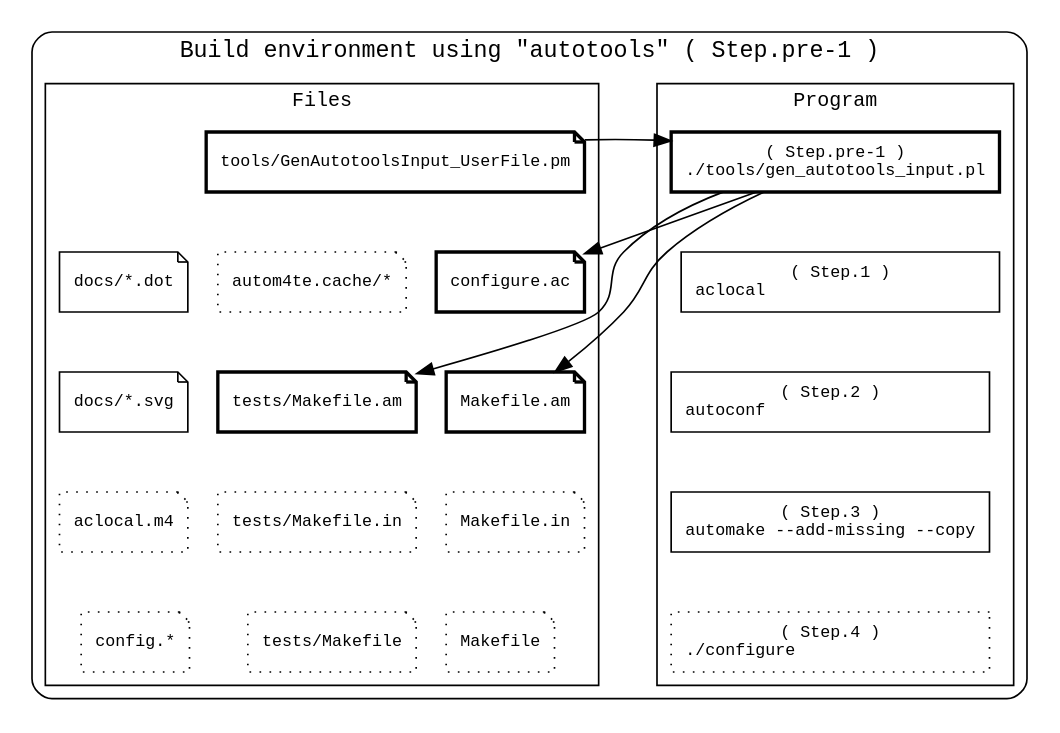
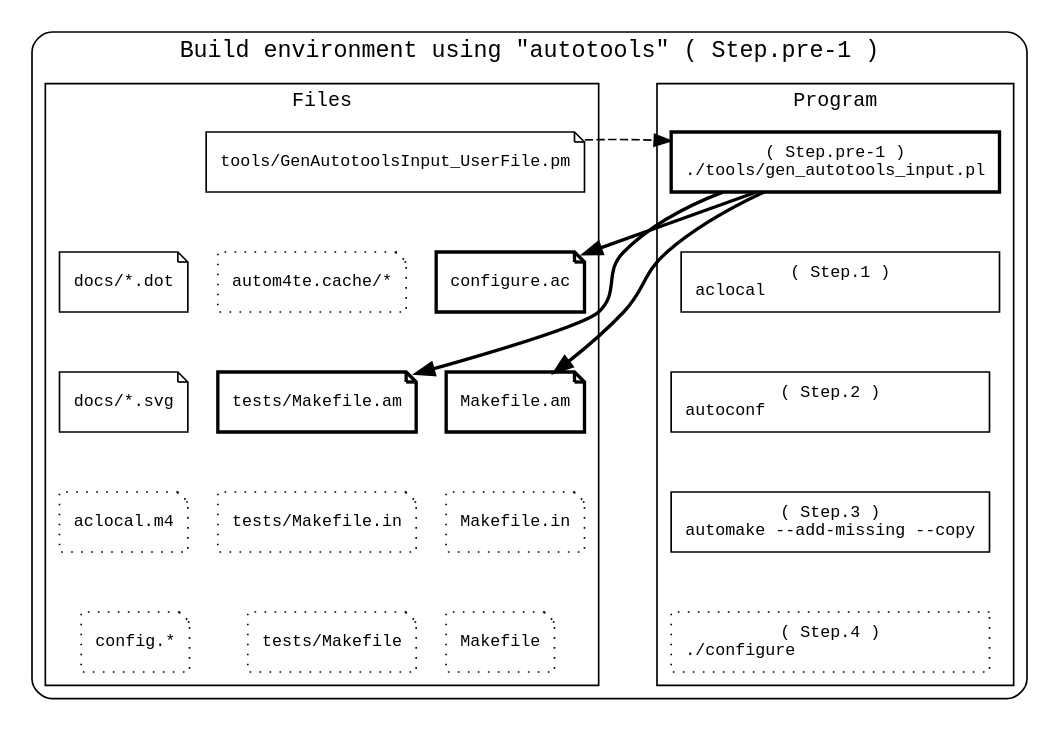
The diagram in docs/img/devel_step_0_1.dot (tomyama-code/tomyama_script_collection), drawn with Graphviz before and after one commit. The commit also changed 36 other files, not shown here.

```diff
--- a/docs/img/devel_step_0_1.dot
+++ b/docs/img/devel_step_0_1.dot
@@ -1,87 +1,88 @@
 // File: docs/devel_step_0.dot
 // Author: tomyama
 // Purpose: Development workflow diagram
 
 digraph physical_directory_structure {
     newrank=true
     constraint=false
 
     // 全体に等幅フォントを適用
     //   ex) "monospace", "Courier", "Courier New", "Consolas", "Monaco"
     graph [fontname="monospace"]
     node  [fontname="monospace", fontsize=10, penwidth=1]
     edge  [fontname="monospace"]
 
     // 図全体を囲うクラスタ
     subgraph cluster_all {
 
         label = "Build environment using \"autotools\" ( Step.pre-1 )"
         style = "rounded"   // 角を丸くする
         color = "black"     // 枠線の色
         penwidth = 1        // 枠線の太さ
 
         // プログラム
         subgraph cluster_program {
             label = "Program"
             style = "solid"
             penwidth = 1        // 枠線の太さ
             fontsize=12
             {
                 edge [style=invis];
                 program01 -> program02 -> program03 -> program04 -> program05
             }
             program01 [shape=box, style=solid , label="( Step.pre-1 )\n./tools/gen_autotools_input.pl", penwidth=2]
             program02 [shape=box, style=solid , label="( Step.1 )\naclocal                      "]
             program03 [shape=box, style=solid , label="( Step.2 )\nautoconf                     "]
             program04 [shape=box, style=solid , label="( Step.3 )\nautomake --add-missing --copy"]
             program05 [shape=box, style=dotted, label="( Step.4 )\n./configure                  "]
         }
 
         // ファイル
         subgraph cluster_file {
             label = "Files"
             style = "solid"
             penwidth = 1        // 枠線の太さ
             fontsize=12
             {
                 edge [style=invis];
                 file13 -> file01 -> file02 -> file03 -> file04
                 file13 -> file05 -> file06 -> file07 -> file08
                 file13 -> file09 -> file10 -> file11 -> file12
             }
 
-            file13 [shape=note, style=solid , label="tools/GenAutotoolsInput_UserFile.pm", penwidth=2]
+            file13 [shape=note, style=solid , label="tools/GenAutotoolsInput_UserFile.pm"]
             file01 [shape=note, style=solid , label="docs/*.dot"]
             file02 [shape=note, style=solid , label="docs/*.svg"]
             file03 [shape=note, style=dotted, label="aclocal.m4"]
             file04 [shape=note, style=dotted, label="config.*"]
             file05 [shape=note, style=solid , label="configure.ac", penwidth=2]
             file06 [shape=note, style=solid , label="Makefile.am", penwidth=2]
             file07 [shape=note, style=dotted, label="Makefile.in"]
             file08 [shape=note, style=dotted, label="Makefile"]
             file09 [shape=note, style=dotted, label="autom4te.cache/*"]
             file10 [shape=note, style=solid , label="tests/Makefile.am", penwidth=2]
             file11 [shape=note, style=dotted, label="tests/Makefile.in"]
             file12 [shape=note, style=dotted, label="tests/Makefile"]
         }
 
         {
             edge [style=invis];
             file13 -> program01
             file01 -> file05 -> file09 -> program02
             file02 -> file06 -> file10 -> program03
             file03 -> file07 -> file11 -> program04
             file04 -> file08 -> file12 -> program05
         }
         {rank=same; program01; file13}
         {rank=same; program02; file01; file05; file09}
         {rank=same; program03; file02; file06; file10}
         {rank=same; program04; file03; file07; file11}
         {rank=same; program05; file04; file08; file12}
 
         // スクリプトとドキュメントの関係
-        file13 -> program01 -> file05
-        program01 -> file06
-        program01 -> file10
+        file13 -> program01 [style=dashed]
+        program01 -> file05 [style=bold]
+        program01 -> file06 [style=bold]
+        program01 -> file10 [style=bold]
     }
 }
```
